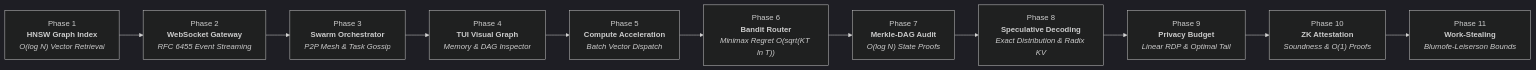
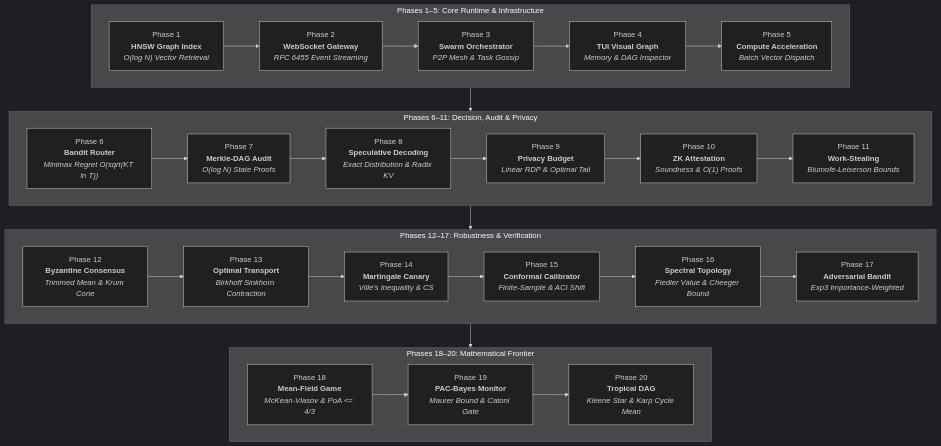
One commit to anisayakmitra-in/AGENT-PANDORA changed the diagram in docs/math/phased_roadmap_mathematics.md. Above: the diagram before and after it, drawn with Mermaid (dark theme). The commit also changed other lines of this file and 50 other files, not shown here.

Commit message:
release(v3.0.7): Combined v3.0.7 Mathematical Frontier, Assurance Pipeline & Gateway

````diff
--- a/docs/math/phased_roadmap_mathematics.md
+++ b/docs/math/phased_roadmap_mathematics.md
@@ -13,16 +13,40 @@
 ```mermaid
-flowchart LR
-    P1["Phase 1<br/><b>HNSW Graph Index</b><br/><i>O(log N) Vector Retrieval</i>"]
-    P2["Phase 2<br/><b>WebSocket Gateway</b><br/><i>RFC 6455 Event Streaming</i>"]
-    P3["Phase 3<br/><b>Swarm Orchestrator</b><br/><i>P2P Mesh & Task Gossip</i>"]
-    P4["Phase 4<br/><b>TUI Visual Graph</b><br/><i>Memory & DAG Inspector</i>"]
-    P5["Phase 5<br/><b>Compute Acceleration</b><br/><i>Batch Vector Dispatch</i>"]
-    P6["Phase 6<br/><b>Bandit Router</b><br/><i>Minimax Regret O(sqrt(KT ln T))</i>"]
-    P7["Phase 7<br/><b>Merkle-DAG Audit</b><br/><i>O(log N) State Proofs</i>"]
-    P8["Phase 8<br/><b>Speculative Decoding</b><br/><i>Exact Distribution & Radix KV</i>"]
-    P9["Phase 9<br/><b>Privacy Budget</b><br/><i>Linear RDP & Optimal Tail</i>"]
-    P10["Phase 10<br/><b>ZK Attestation</b><br/><i>Soundness & O(1) Proofs</i>"]
-    P11["Phase 11<br/><b>Work-Stealing</b><br/><i>Blumofe-Leiserson Bounds</i>"]
+flowchart TD
+    subgraph Foundation["Phases 1–5: Core Runtime & Infrastructure"]
+        P1["Phase 1<br/><b>HNSW Graph Index</b><br/><i>O(log N) Vector Retrieval</i>"]
+        P2["Phase 2<br/><b>WebSocket Gateway</b><br/><i>RFC 6455 Event Streaming</i>"]
+        P3["Phase 3<br/><b>Swarm Orchestrator</b><br/><i>P2P Mesh & Task Gossip</i>"]
+        P4["Phase 4<br/><b>TUI Visual Graph</b><br/><i>Memory & DAG Inspector</i>"]
+        P5["Phase 5<br/><b>Compute Acceleration</b><br/><i>Batch Vector Dispatch</i>"]
+        P1 --> P2 --> P3 --> P4 --> P5
+    end
 
-    P1 --> P2 --> P3 --> P4 --> P5 --> P6 --> P7 --> P8 --> P9 --> P10 --> P11
+    subgraph Intelligence["Phases 6–11: Decision, Audit & Privacy"]
+        P6["Phase 6<br/><b>Bandit Router</b><br/><i>Minimax Regret O(sqrt(KT ln T))</i>"]
+        P7["Phase 7<br/><b>Merkle-DAG Audit</b><br/><i>O(log N) State Proofs</i>"]
+        P8["Phase 8<br/><b>Speculative Decoding</b><br/><i>Exact Distribution & Radix KV</i>"]
+        P9["Phase 9<br/><b>Privacy Budget</b><br/><i>Linear RDP & Optimal Tail</i>"]
+        P10["Phase 10<br/><b>ZK Attestation</b><br/><i>Soundness & O(1) Proofs</i>"]
+        P11["Phase 11<br/><b>Work-Stealing</b><br/><i>Blumofe-Leiserson Bounds</i>"]
+        P6 --> P7 --> P8 --> P9 --> P10 --> P11
+    end
+
+    subgraph Assurance["Phases 12–17: Robustness & Verification"]
+        P12["Phase 12<br/><b>Byzantine Consensus</b><br/><i>Trimmed Mean & Krum Cone</i>"]
+        P13["Phase 13<br/><b>Optimal Transport</b><br/><i>Birkhoff Sinkhorn Contraction</i>"]
+        P14["Phase 14<br/><b>Martingale Canary</b><br/><i>Ville's Inequality & CS</i>"]
+        P15["Phase 15<br/><b>Conformal Calibrator</b><br/><i>Finite-Sample & ACI Shift</i>"]
+        P16["Phase 16<br/><b>Spectral Topology</b><br/><i>Fiedler Value & Cheeger Bound</i>"]
+        P17["Phase 17<br/><b>Adversarial Bandit</b><br/><i>Exp3 Importance-Weighted</i>"]
+        P12 --> P13 --> P14 --> P15 --> P16 --> P17
+    end
+
+    subgraph Frontier["Phases 18–20: Mathematical Frontier"]
+        P18["Phase 18<br/><b>Mean-Field Game</b><br/><i>McKean-Vlasov & PoA <= 4/3</i>"]
+        P19["Phase 19<br/><b>PAC-Bayes Monitor</b><br/><i>Maurer Bound & Catoni Gate</i>"]
+        P20["Phase 20<br/><b>Tropical DAG</b><br/><i>Kleene Star & Karp Cycle Mean</i>"]
+        P18 --> P19 --> P20
+    end
+
+    Foundation --> Intelligence --> Assurance --> Frontier
 ```
````
